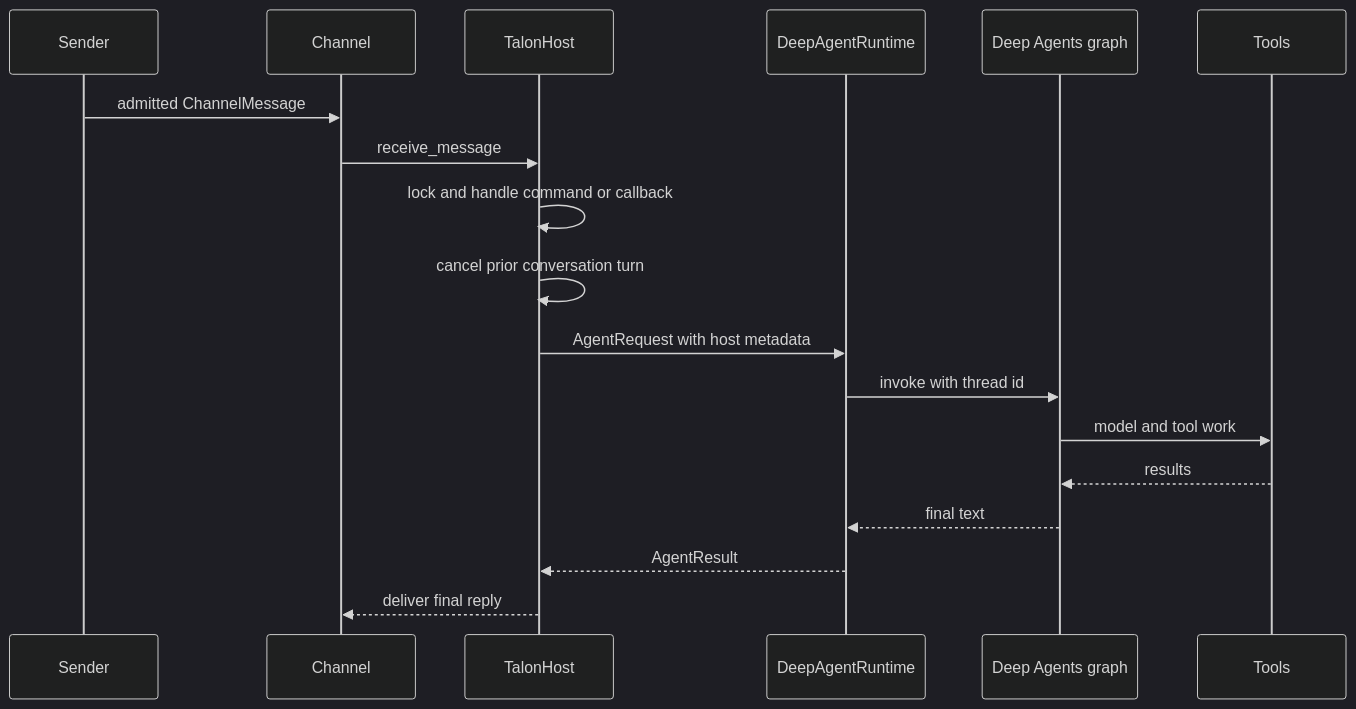
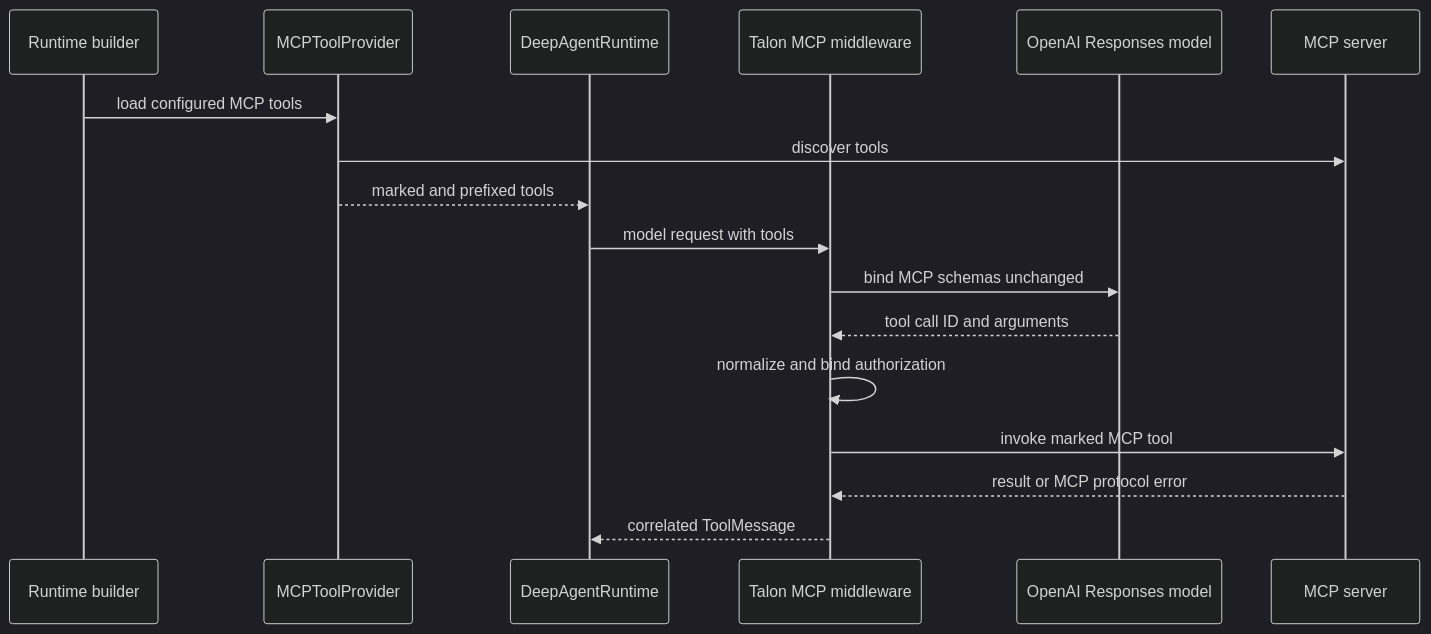
One commit to langchain-ai/deepagents changed the diagram in openwiki/integrations/talon.md. Above: the diagram before and after it, drawn with Mermaid (dark theme). The commit also changed other lines of this file and 26 other files, not shown here.

````diff
--- a/openwiki/integrations/talon.md
+++ b/openwiki/integrations/talon.md
@@ -49,21 +43,20 @@
 ```mermaid
 sequenceDiagram
-    participant Sender
-    participant Channel
-    participant Host as TalonHost
+    participant Builder as Runtime builder
+    participant Provider as MCPToolProvider
     participant Runtime as DeepAgentRuntime
-    participant Graph as Deep Agents graph
-    participant Tools
+    participant Middleware as Talon MCP middleware
+    participant Model as OpenAI Responses model
+    participant Server as MCP server
 
-    Sender->>Channel: admitted ChannelMessage
-    Channel->>Host: receive_message
-    Host->>Host: lock and handle command or callback
-    Host->>Host: cancel prior conversation turn
-    Host->>Runtime: AgentRequest with host metadata
-    Runtime->>Graph: invoke with thread id
-    Graph->>Tools: model and tool work
-    Tools-->>Graph: results
-    Graph-->>Runtime: final text
-    Runtime-->>Host: AgentResult
-    Host-->>Channel: deliver final reply
+    Builder->>Provider: load configured MCP tools
+    Provider->>Server: discover tools
+    Provider-->>Runtime: marked and prefixed tools
+    Runtime->>Middleware: model request with tools
+    Middleware->>Model: bind MCP schemas unchanged
+    Model-->>Middleware: tool call ID and arguments
+    Middleware->>Middleware: normalize and bind authorization
+    Middleware->>Server: invoke marked MCP tool
+    Server-->>Middleware: result or MCP protocol error
+    Middleware-->>Runtime: correlated ToolMessage
 ```
````
